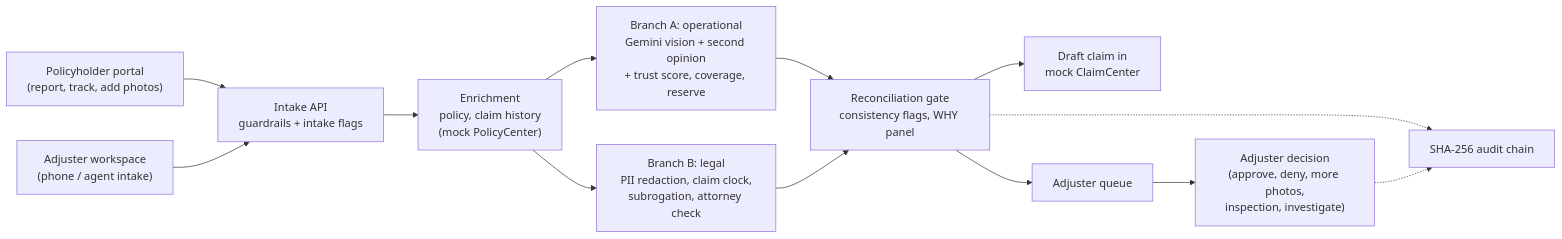
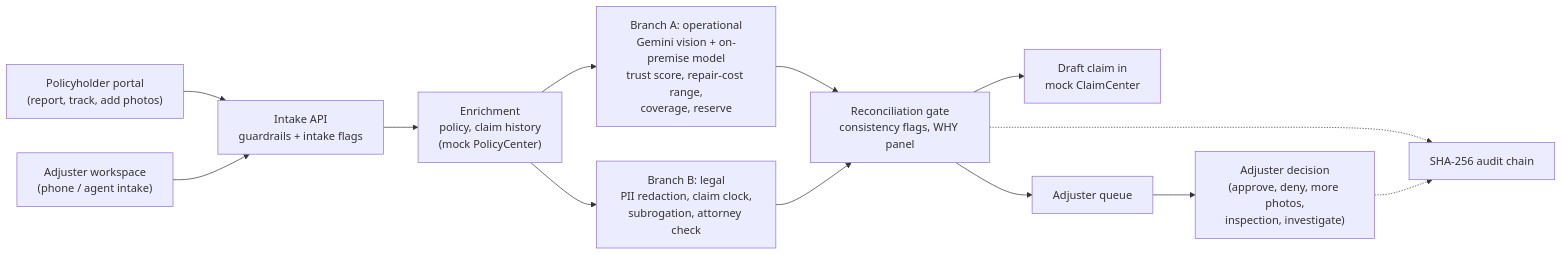
Before and after one commit to Vsd1208/Autonomous-Parallel-Multi-Agent-FNOL-Claims-Compliance-Engine: the diagram in README.md, drawn with Mermaid. The commit also changed other lines of this file, not shown here.

Commit message:
docs: README brought up to date with the on-premise vision model, repair costs and training data

````diff
--- a/README.md
+++ b/README.md
@@ -16,15 +17,15 @@
 ```mermaid
 flowchart LR
     P["Policyholder portal<br/>(report, track, add photos)"] --> I
     W["Adjuster workspace<br/>(phone / agent intake)"] --> I
     I["Intake API<br/>guardrails + intake flags"] --> E["Enrichment<br/>policy, claim history<br/>(mock PolicyCenter)"]
-    E --> A["Branch A: operational<br/>Gemini vision + second opinion<br/>+ trust score, coverage, reserve"]
+    E --> A["Branch A: operational<br/>Gemini vision + on-premise model<br/>trust score, repair-cost range,<br/>coverage, reserve"]
     E --> B["Branch B: legal<br/>PII redaction, claim clock,<br/>subrogation, attorney check"]
     A --> G["Reconciliation gate<br/>consistency flags, WHY panel"]
     B --> G
     G --> C["Draft claim in<br/>mock ClaimCenter"]
     G --> Q["Adjuster queue"]
     Q --> D["Adjuster decision<br/>(approve, deny, more photos,<br/>inspection, investigate)"]
     G -.-> L["SHA-256 audit chain"]
     D -.-> L
 ```
````
